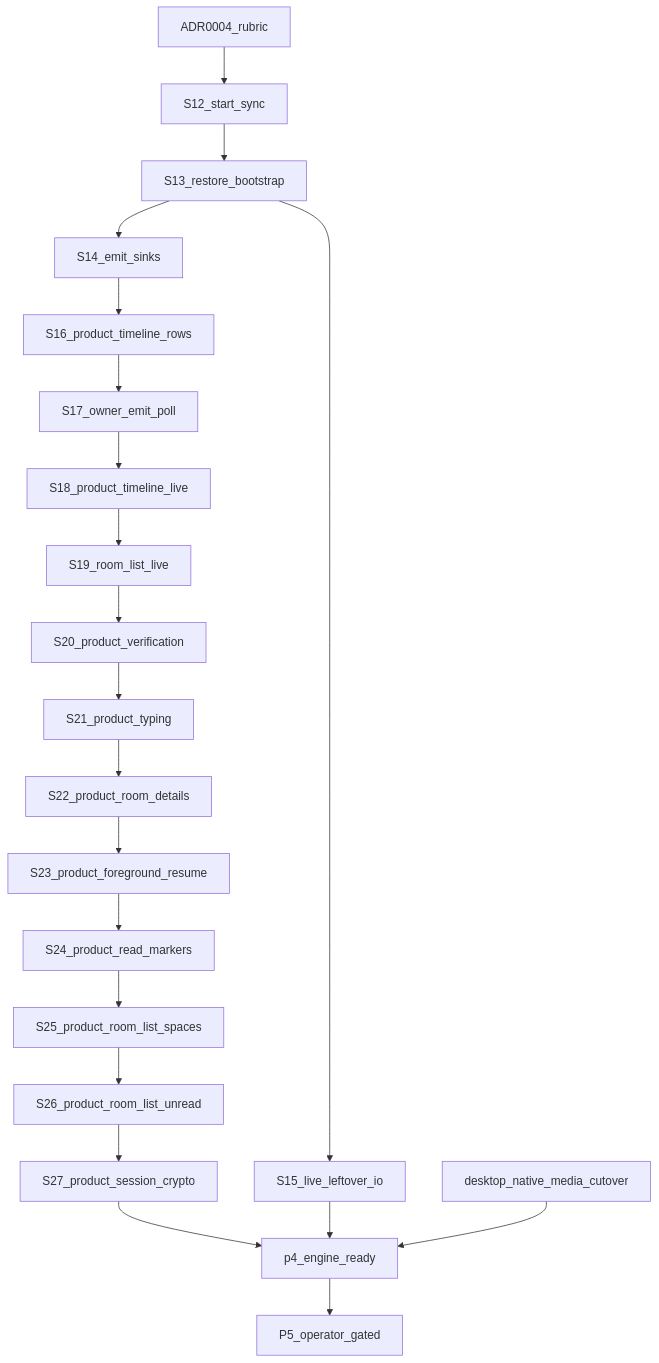
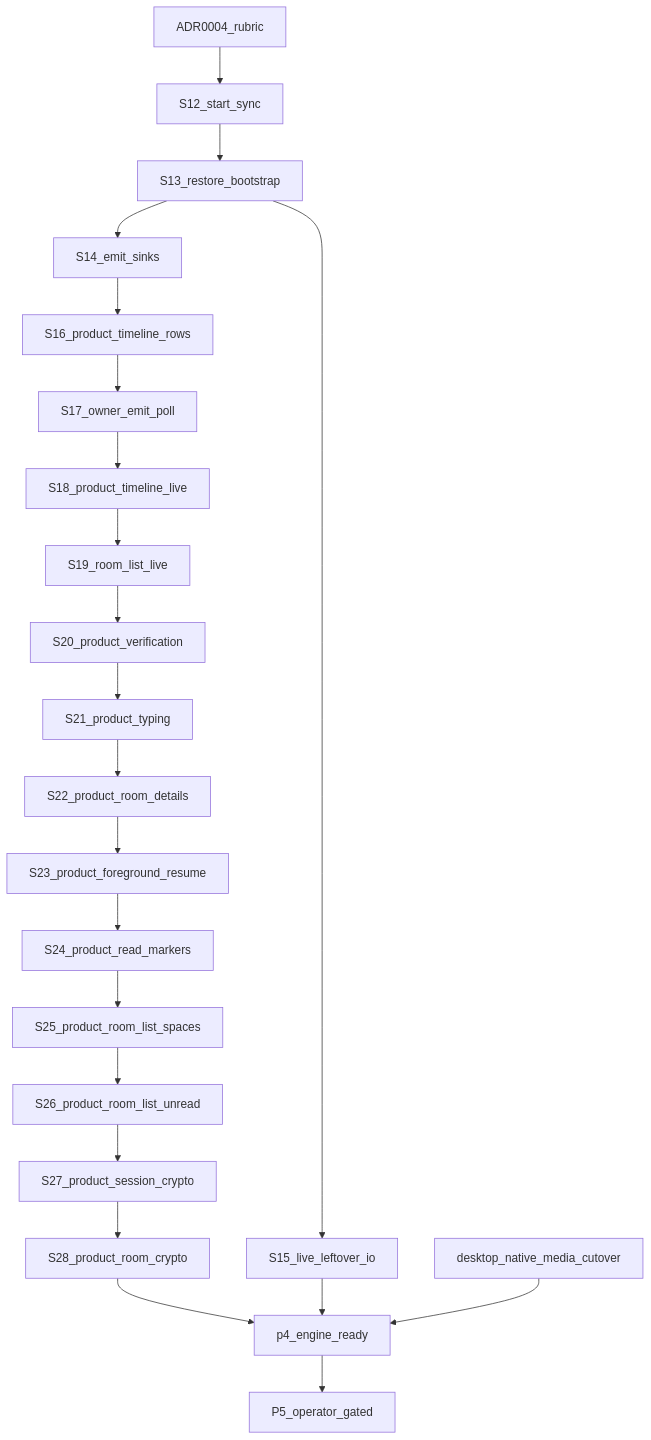
The diagram in docs/shared-native-core/13-language-boundary-goal-graph.md (nepenth/synara-desktop), drawn with Mermaid before and after one commit. The commit also changed other lines of this file and 4 other files, not shown here.

First line of the commit message:
feat(ios): map SharedCore leftover room crypto status (P4-S28)

````diff
--- a/docs/shared-native-core/13-language-boundary-goal-graph.md
+++ b/docs/shared-native-core/13-language-boundary-goal-graph.md
@@ -46,44 +46,46 @@
 ```mermaid
 flowchart TD
   adr0004[ADR0004_rubric]
   s12[S12_start_sync]
   s13[S13_restore_bootstrap]
   s14[S14_emit_sinks]
   s15[S15_live_leftover_io]
   s16[S16_product_timeline_rows]
   s17[S17_owner_emit_poll]
   s18[S18_product_timeline_live]
   s19[S19_room_list_live]
   s20[S20_product_verification]
   s21[S21_product_typing]
   s22[S22_product_room_details]
   s23[S23_product_foreground_resume]
   s24[S24_product_read_markers]
   s25[S25_product_room_list_spaces]
   s26[S26_product_room_list_unread]
   s27[S27_product_session_crypto]
+  s28[S28_product_room_crypto]
   media[desktop_native_media_cutover]
   done[p4_engine_ready]
   p5[P5_operator_gated]
 
   adr0004 --> s12
   s12 --> s13
   s13 --> s14
   s13 --> s15
   s14 --> s16
   s16 --> s17
   s17 --> s18
   s18 --> s19
   s19 --> s20
   s20 --> s21
   s21 --> s22
   s22 --> s23
   s23 --> s24
   s24 --> s25
   s25 --> s26
   s26 --> s27
-  s27 --> done
+  s27 --> s28
+  s28 --> done
   s15 --> done
   media --> done
   done --> p5
 ```
````
